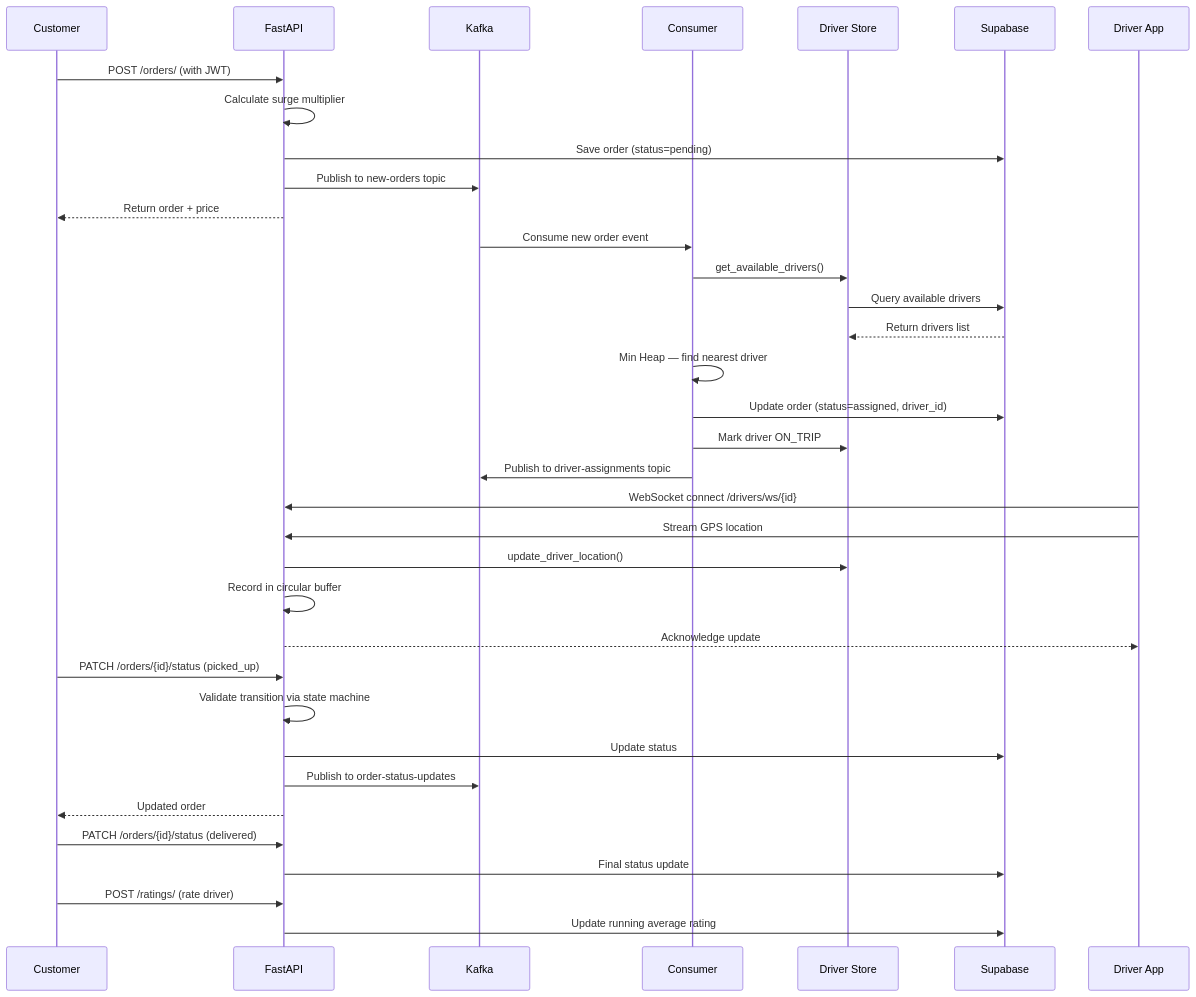
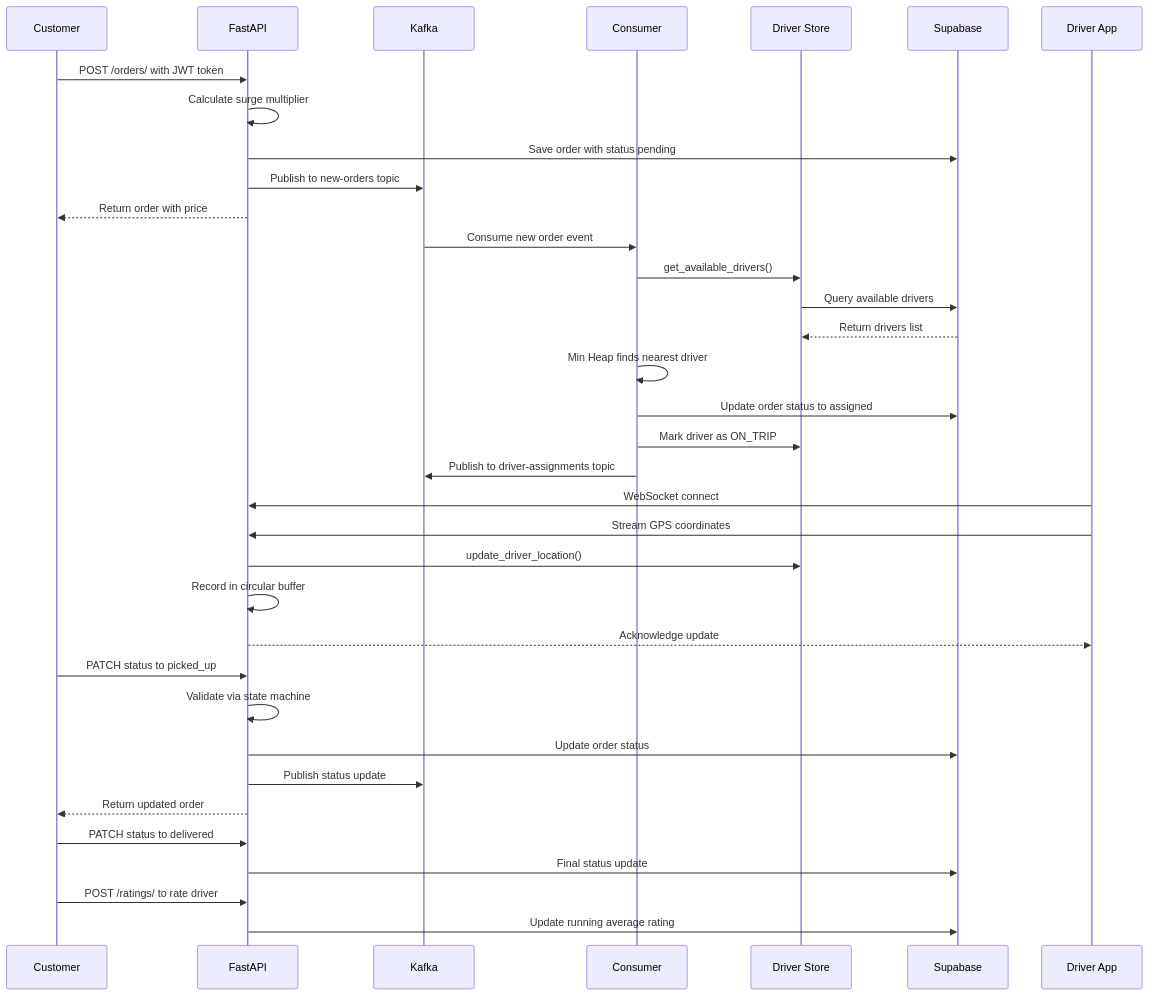
The second of 10 diagrams in README.md (RAJ-ARYAN-NITK/martensite), drawn with Mermaid before and after one commit. The commit also changed other lines of this file, not shown here.

````diff
--- a/README.md
+++ b/README.md
@@ -144,42 +142,42 @@
 ```mermaid
 sequenceDiagram
     participant C as Customer
     participant API as FastAPI
     participant K as Kafka
     participant CS as Consumer
     participant DS as Driver Store
     participant DB as Supabase
     participant D as Driver App
 
-    C->>API: POST /orders/ (with JWT)
+    C->>API: POST /orders/ with JWT token
     API->>API: Calculate surge multiplier
-    API->>DB: Save order (status=pending)
+    API->>DB: Save order with status pending
     API->>K: Publish to new-orders topic
-    API-->>C: Return order + price
+    API-->>C: Return order with price
 
     K->>CS: Consume new order event
     CS->>DS: get_available_drivers()
     DS->>DB: Query available drivers
     DB-->>DS: Return drivers list
-    CS->>CS: Min Heap — find nearest driver
-    CS->>DB: Update order (status=assigned, driver_id)
-    CS->>DS: Mark driver ON_TRIP
+    CS->>CS: Min Heap finds nearest driver
+    CS->>DB: Update order status to assigned
+    CS->>DS: Mark driver as ON_TRIP
     CS->>K: Publish to driver-assignments topic
 
-    D->>API: WebSocket connect /drivers/ws/{id}
-    D->>API: Stream GPS location
+    D->>API: WebSocket connect
+    D->>API: Stream GPS coordinates
     API->>DS: update_driver_location()
     API->>API: Record in circular buffer
     API-->>D: Acknowledge update
 
-    C->>API: PATCH /orders/{id}/status (picked_up)
-    API->>API: Validate transition via state machine
-    API->>DB: Update status
-    API->>K: Publish to order-status-updates
-    API-->>C: Updated order
+    C->>API: PATCH status to picked_up
+    API->>API: Validate via state machine
+    API->>DB: Update order status
+    API->>K: Publish status update
+    API-->>C: Return updated order
 
-    C->>API: PATCH /orders/{id}/status (delivered)
+    C->>API: PATCH status to delivered
     API->>DB: Final status update
-    C->>API: POST /ratings/ (rate driver)
+    C->>API: POST /ratings/ to rate driver
     API->>DB: Update running average rating
 ```
````
